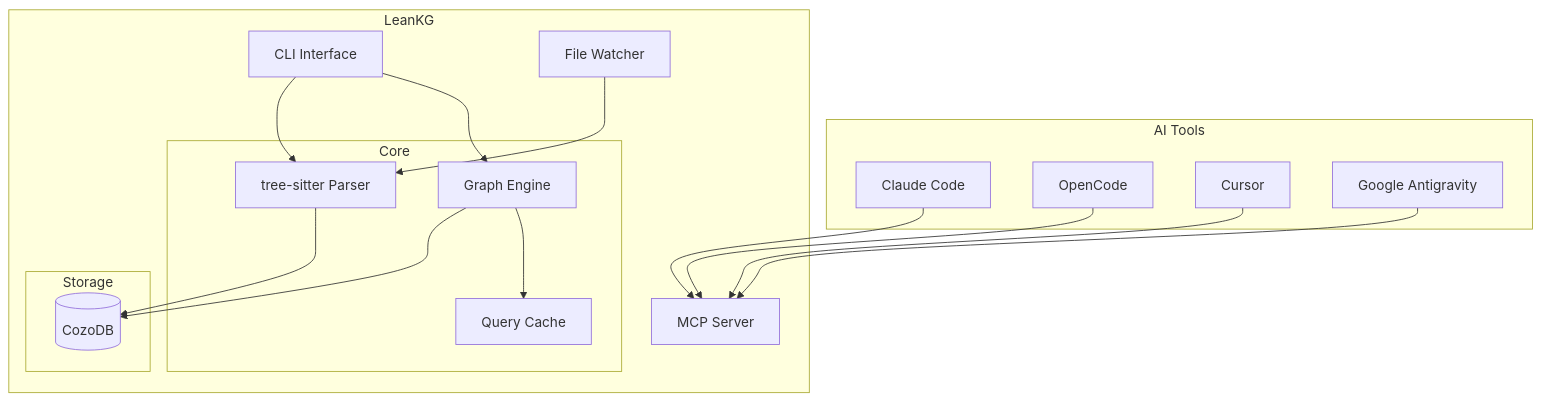
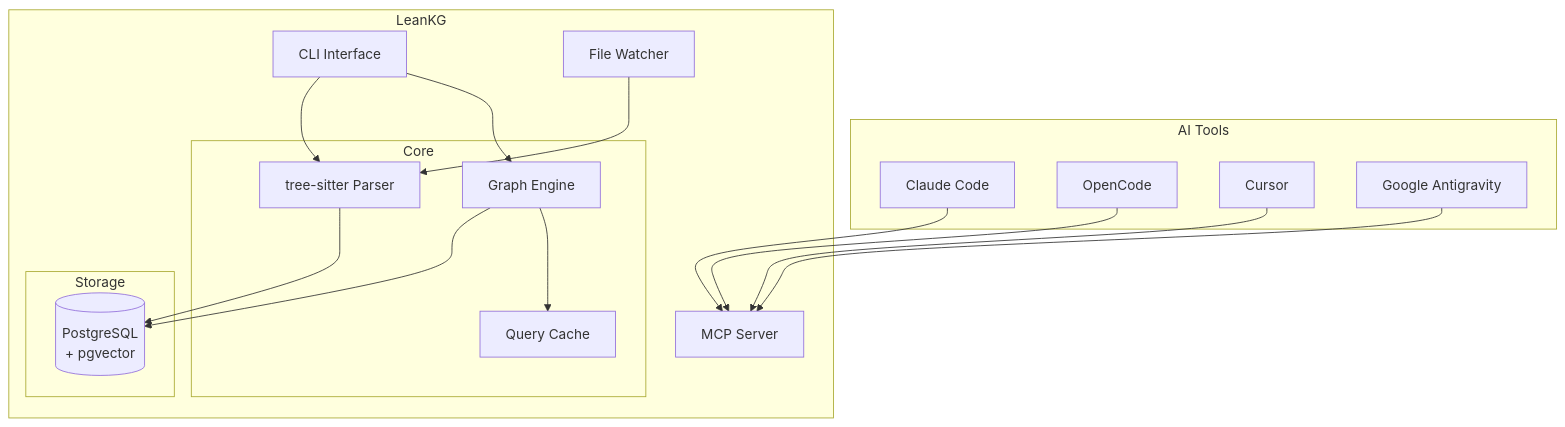
Before and after one commit to FreePeak/LeanKG: the diagram in docs/tech-stack.md, drawn with Mermaid. The commit also changed other lines of this file and 114 other files, not shown here.

````diff
--- a/docs/tech-stack.md
+++ b/docs/tech-stack.md
@@ -60,36 +60,36 @@
 ```mermaid
 graph TB
     subgraph "AI Tools"
         Claude[Claude Code]
         Open[OpenCode]
         Cursor[Cursor]
         Antigravity[Google Antigravity]
     end
 
     subgraph "LeanKG"
         CLI[CLI Interface]
         MCP[MCP Server]
         Watcher[File Watcher]
 
         subgraph "Core"
             Indexer[tree-sitter Parser]
             Graph[Graph Engine]
             Cache[Query Cache]
         end
 
         subgraph "Storage"
-            CozoDB[(CozoDB)]
+            PG[(PostgreSQL<br/>+ pgvector)]
         end
     end
 
     Claude --> MCP
     Open --> MCP
     Cursor --> MCP
     Antigravity --> MCP
     CLI --> Indexer
     CLI --> Graph
     Watcher --> Indexer
-    Indexer --> CozoDB
-    Graph --> CozoDB
+    Indexer --> PG
+    Graph --> PG
     Graph --> Cache
 ```
````
